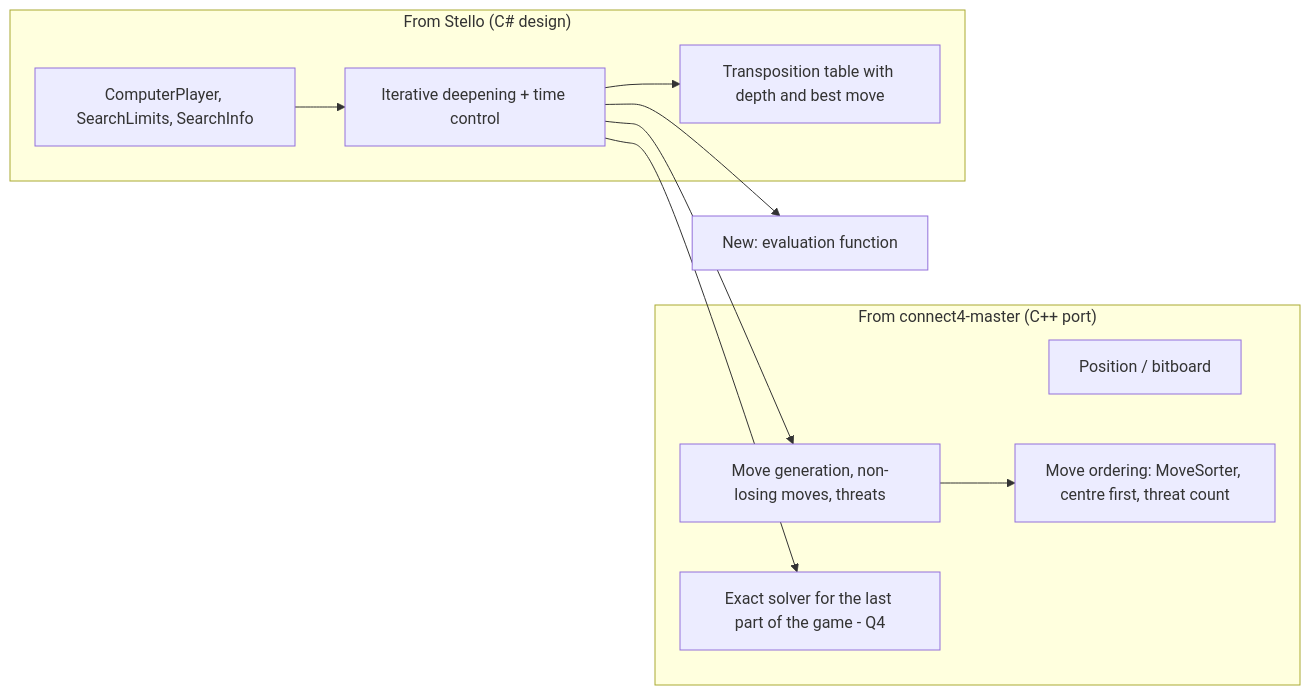
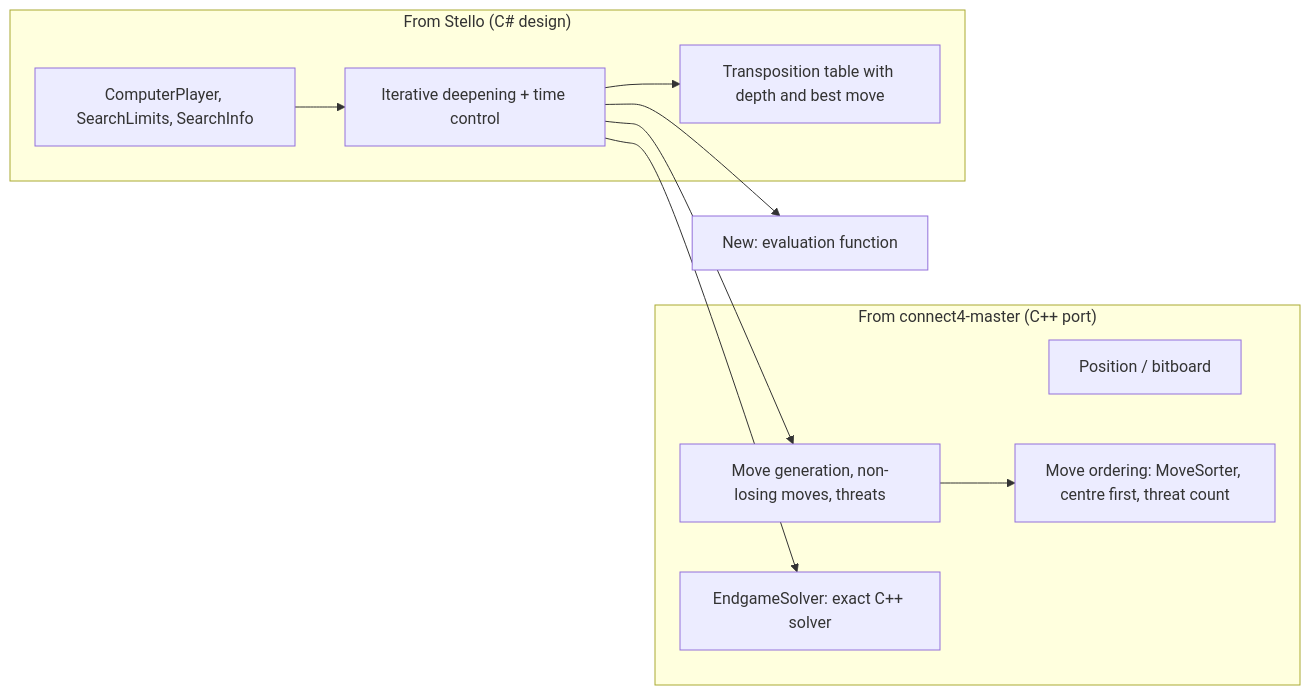
Before and after one commit to cjpkmd/Connect-4: the diagram in Make a .Net implementation of Connect 4.md, drawn with Mermaid. The commit also changed other lines of this file and 6 other files, not shown here.

````diff
--- a/Make a .Net implementation of Connect 4.md
+++ b/Make a .Net implementation of Connect 4.md
@@ -55,20 +58,20 @@
 ```mermaid
 flowchart LR
     subgraph C["From connect4-master (C++ port)"]
         P[Position / bitboard]
         M[Move generation, non-losing moves, threats]
         O[Move ordering: MoveSorter, centre first, threat count]
-        E[Exact solver for the last part of the game - Q4]
+        E[EndgameSolver: exact C++ solver]
     end
     subgraph S["From Stello (C# design)"]
         ID[Iterative deepening + time control]
         TT[Transposition table with depth and best move]
         CP[ComputerPlayer, SearchLimits, SearchInfo]
     end
     N["New: evaluation function"]
     ID --> M --> O
     ID --> TT
     ID --> N
     ID --> E
     CP --> ID
 ```
````
